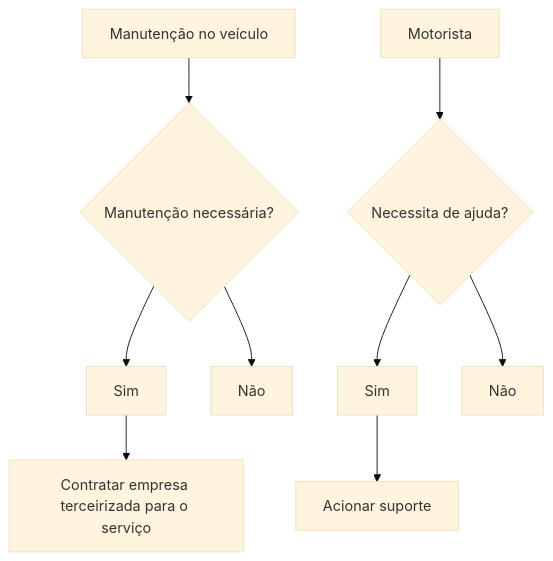
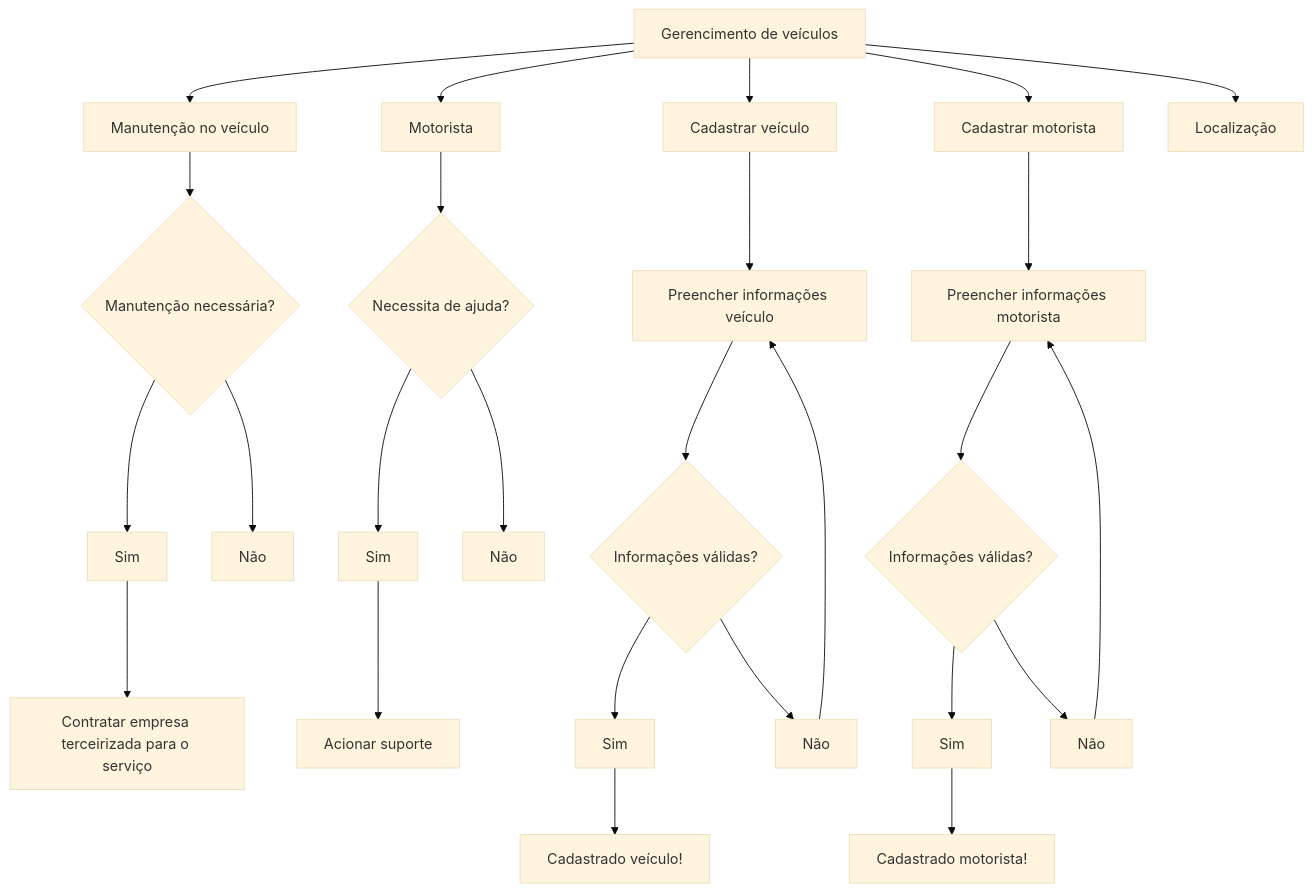
One commit to RafaelRF99/documentacao-devsfreela changed the diagram in scriptsDiagrams/desicao.mmd. Above: the diagram before and after it, drawn with Mermaid (base theme). The commit also changed 14 other files, not shown here.

Commit message:
update: atualização diagrama/documentação

```diff
--- a/scriptsDiagrams/desicao.mmd
+++ b/scriptsDiagrams/desicao.mmd
@@ -1,10 +1,32 @@
 flowchart TD
-    manutencao[Manutenção no veículo] --> inform{Manutenção necessária?}
+    gerenciamentoVeiculo[Gerencimento de veículos]
+
+    gerenciamentoVeiculo --> manutencao[Manutenção no veículo]
+    gerenciamentoVeiculo --> motorista[Motorista]
+    gerenciamentoVeiculo --> cadastroVeiculo[Cadastrar veículo]
+    gerenciamentoVeiculo --> cadastroMotorista[Cadastrar motorista]
+    gerenciamentoVeiculo --> localizacao[Localização]
+
+    manutencao --> inform{Manutenção necessária?}
     inform --> sim[Sim]
     inform --> nao[Não]
     sim --> empresaTerceira[Contratar empresa terceirizada para o serviço]
 
-    motorista[Motorista] --> ajuda{Necessita de ajuda?}
+    motorista --> ajuda{Necessita de ajuda?}
     ajuda --> sim1[Sim]
     ajuda --> nao1[Não]
     sim1 --> suporte[Acionar suporte]
+    
+    cadastroVeiculo --> informacaoVeiculo[Preencher informações veículo]
+    informacaoVeiculo --> informacaoValida{Informações válidas?}
+    informacaoValida --> sim3[Sim]
+    informacaoValida --> nao3[Não]
+    nao3 --> informacaoVeiculo
+    sim3 --> cadastradoVeiculo[Cadastrado veículo!]
+
+    cadastroMotorista --> informacaoMotorista[Preencher informações motorista]
+    informacaoMotorista --> informacaoValida2{Informações válidas?}
+    informacaoValida2 --> sim4[Sim]
+    informacaoValida2 --> nao4[Não]
+    nao4 --> informacaoMotorista
+    sim4 --> cadastradoMotorista[Cadastrado motorista!]
```
